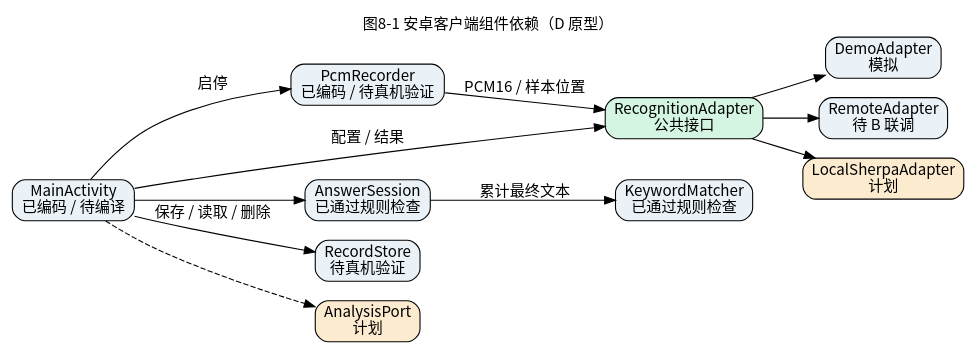
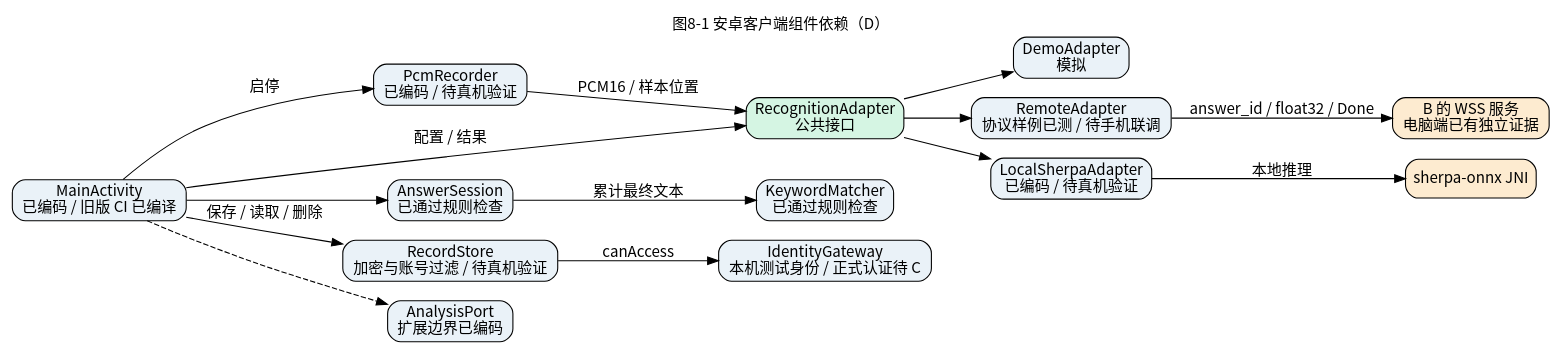
One commit to YYT-GUIYANG/interview-client-d changed the diagram in 图8-1_组件依赖.dot. Above: the diagram before and after it, drawn with Graphviz. The commit also changed 15 other files, not shown here.

Commit message:
Align D remote handshake, local finish handling, and delivery evidence

```diff
--- a/图8-1_组件依赖.dot
+++ b/图8-1_组件依赖.dot
@@ -1,25 +1,31 @@
 digraph ClientD {
-  graph [rankdir=LR, fontname="Noto Sans CJK SC", label="图8-1 安卓客户端组件依赖（D 原型）", labelloc=t];
+  graph [rankdir=LR, fontname="Noto Sans CJK SC", label="图8-1 安卓客户端组件依赖（D）", labelloc=t];
   node [shape=box, style="rounded,filled", fillcolor="#eaf2f8", fontname="Noto Sans CJK SC"];
   edge [fontname="Noto Sans CJK SC"];
-  UI [label="MainActivity\n已编码 / 待编译"];
+  UI [label="MainActivity\n已编码 / 旧版 CI 已编译"];
   Capture [label="PcmRecorder\n已编码 / 待真机验证"];
   Interface [label="RecognitionAdapter\n公共接口", fillcolor="#d5f5e3"];
   Demo [label="DemoAdapter\n模拟"];
-  Remote [label="RemoteAdapter\n待 B 联调"];
-  Local [label="LocalSherpaAdapter\n计划", fillcolor="#fdebd0"];
+  Remote [label="RemoteAdapter\n协议样例已测 / 待手机联调"];
+  Local [label="LocalSherpaAdapter\n已编码 / 待真机验证"];
   Session [label="AnswerSession\n已通过规则检查"];
   Match [label="KeywordMatcher\n已通过规则检查"];
-  Store [label="RecordStore\n待真机验证"];
-  Analysis [label="AnalysisPort\n计划", fillcolor="#fdebd0"];
+  Store [label="RecordStore\n加密与账号过滤 / 待真机验证"];
+  Identity [label="IdentityGateway\n本机测试身份 / 正式认证待 C"];
+  Analysis [label="AnalysisPort\n扩展边界已编码"];
   UI -> Capture [label="启停"];
   Capture -> Interface [label="PCM16 / 样本位置"];
   UI -> Interface [label="配置 / 结果"];
   Interface -> Demo;
   Interface -> Remote;
   Interface -> Local;
   UI -> Session;
   Session -> Match [label="累计最终文本"];
   UI -> Store [label="保存 / 读取 / 删除"];
+  Store -> Identity [label="canAccess"];
+  Remote -> B [label="answer_id / float32 / Done"];
+  B [label="B 的 WSS 服务\n电脑端已有独立证据", fillcolor="#fdebd0"];
+  Local -> Sherpa [label="本地推理"];
+  Sherpa [label="sherpa-onnx JNI", fillcolor="#fdebd0"];
   UI -> Analysis [style=dashed];
 }
```
